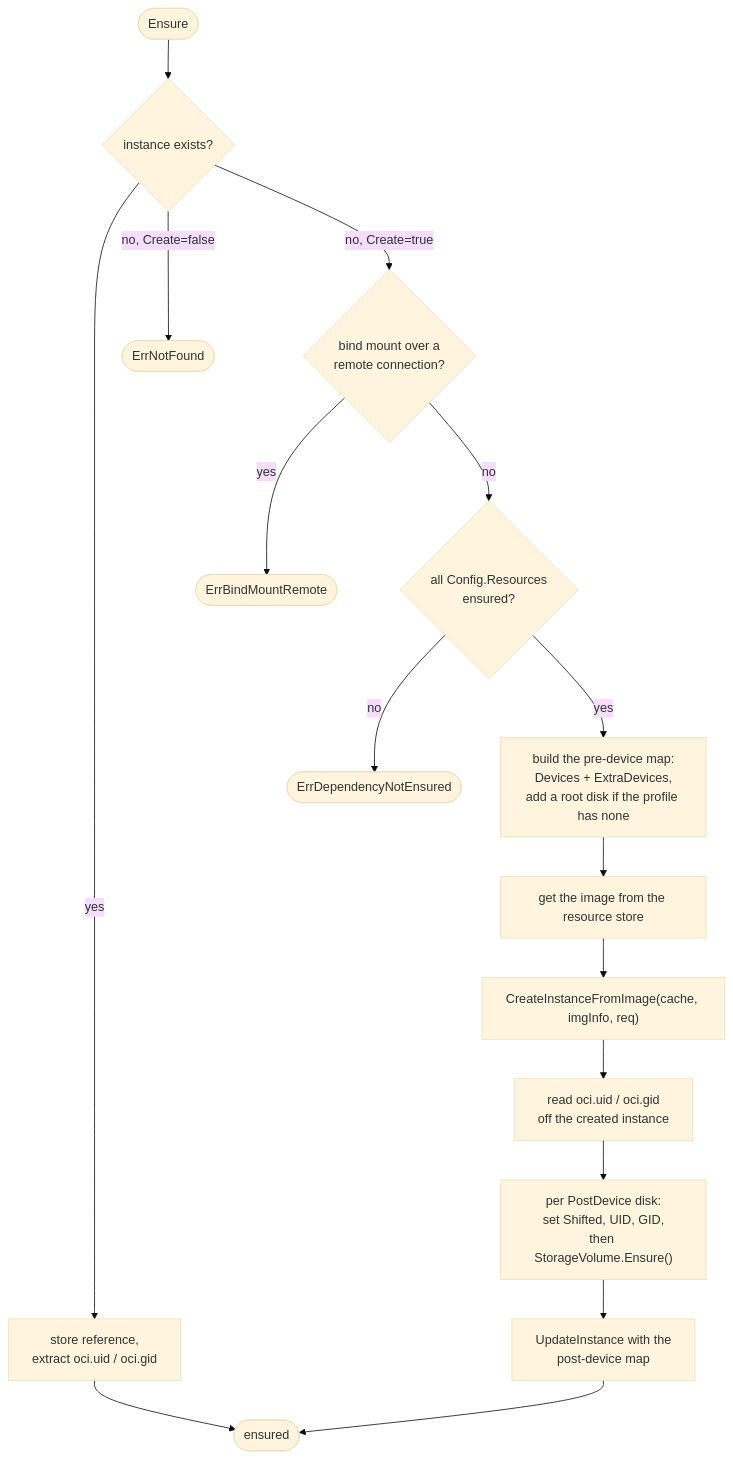
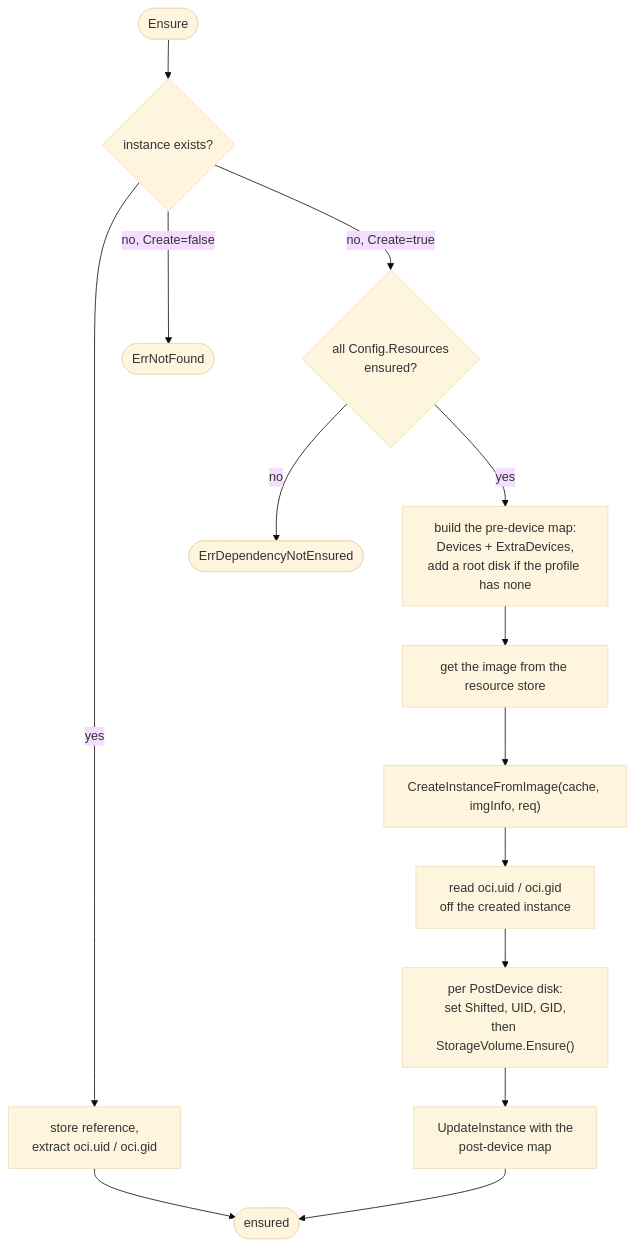
Before and after one commit to jochumdev/incus-compose-docs: the second of 2 diagrams in root/architecture/client/instance.md, drawn with Mermaid (base theme). The commit also changed other lines of this file and 6 other files, not shown here.

Commit message:
Update bind mount related docs

````diff
--- a/root/architecture/client/instance.md
+++ b/root/architecture/client/instance.md
@@ -145,21 +146,18 @@
 ```mermaid
 flowchart TD
     S([Ensure]) --> EX{instance exists?}
     EX -->|yes| ADOPT["store reference,<br/>extract oci.uid / oci.gid"]
     ADOPT --> DONE([ensured])
     EX -->|"no, Create=false"| NF([ErrNotFound])
-    EX -->|"no, Create=true"| BM{"bind mount over a<br/>remote connection?"}
-
-    BM -->|yes| BMERR([ErrBindMountRemote])
-    BM -->|no| DEP{"all Config.Resources<br/>ensured?"}
+    EX -->|"no, Create=true"| DEP{"all Config.Resources<br/>ensured?"}
 
     DEP -->|no| DEPERR([ErrDependencyNotEnsured])
     DEP -->|yes| PRE["build the pre-device map:<br/>Devices + ExtraDevices,<br/>add a root disk if the profile has none"]
 
     PRE --> IMG[get the image from the resource store]
     IMG --> CR["CreateInstanceFromImage(cache, imgInfo, req)"]
     CR --> UID["read oci.uid / oci.gid<br/>off the created instance"]
     UID --> POST["per PostDevice disk:<br/>set Shifted, UID, GID,<br/>then StorageVolume.Ensure()"]
     POST --> UPD["UpdateInstance with the<br/>post-device map"]
     UPD --> DONE
 ```
````
